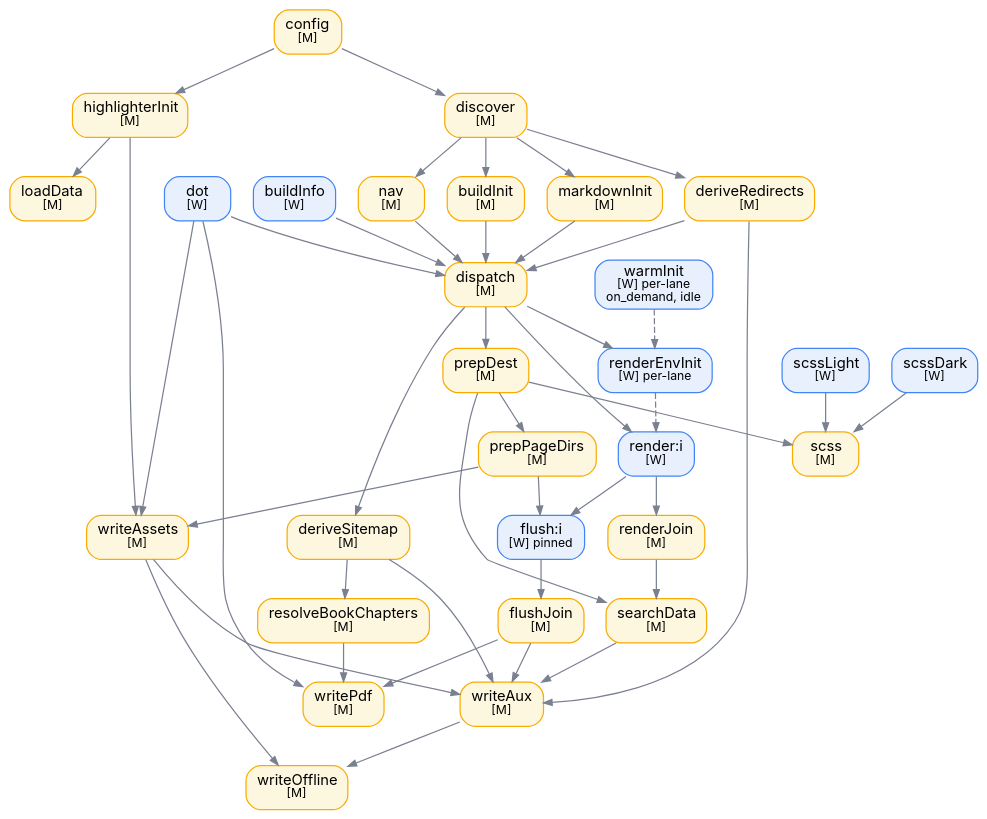
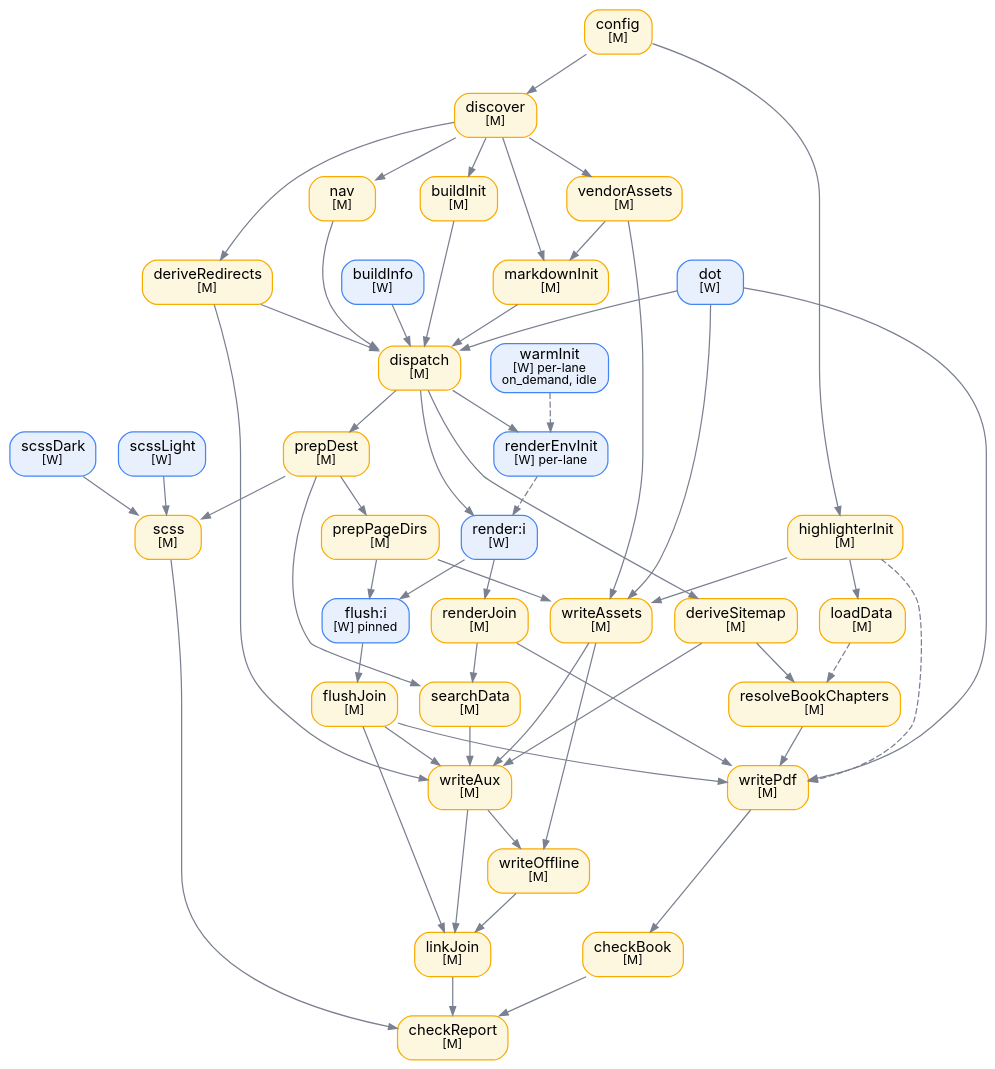
One commit to twinbasic/documentation changed the diagram in docs/assets/images/dot/scheduler-dag.dot. Above: the diagram before and after it, drawn with Graphviz. The commit also changed 2 other files, not shown here.

Commit message:
docs: add missing vendorAssets, Check-section, and data-dep edges to scheduler-dag

```diff
--- a/docs/assets/images/dot/scheduler-dag.dot
+++ b/docs/assets/images/dot/scheduler-dag.dot
@@ -1,122 +1,143 @@
 // Task DAG of the SAB pull scheduler. See docs/Documentation/Builder.md.
 
 digraph scheduler {
     rankdir=TB
     bgcolor="transparent"
     nodesep=0.25
     ranksep=0.45
     splines=true
 
     node [
         shape=box
         style="rounded,filled"
         fontname="Inter,system-ui,-apple-system,Segoe UI,sans-serif"
         fontsize=12
         margin="0.12,0.06"
     ]
     edge [
         color="#7a8090"
         fontname="Inter,system-ui,-apple-system,Segoe UI,sans-serif"
         fontsize=10
         arrowsize=0.7
     ]
     graph [
         margin=0
     ]
 
     // ── Colour scheme ───────────────────────────────────────────────────
     // [M] main thread → fef7e0 fill / f9ab00 stroke
     // [W] worker      → e8f0fe fill / 4285f4 stroke
 
     // ── Nodes ───────────────────────────────────────────────────────────
 
     CF  [label=<config<BR/><FONT POINT-SIZE="10">[M]</FONT>>,             fillcolor="#fef7e0", color="#f9ab00"]
     BI  [label=<buildInfo<BR/><FONT POINT-SIZE="10">[W]</FONT>>,          fillcolor="#e8f0fe", color="#4285f4"]
     SL  [label=<scssLight<BR/><FONT POINT-SIZE="10">[W]</FONT>>,          fillcolor="#e8f0fe", color="#4285f4"]
     SD  [label=<scssDark<BR/><FONT POINT-SIZE="10">[W]</FONT>>,           fillcolor="#e8f0fe", color="#4285f4"]
     HI  [label=<highlighterInit<BR/><FONT POINT-SIZE="10">[M]</FONT>>,    fillcolor="#fef7e0", color="#f9ab00"]
     LD  [label=<loadData<BR/><FONT POINT-SIZE="10">[M]</FONT>>,           fillcolor="#fef7e0", color="#f9ab00"]
     WI  [label=<warmInit<BR/><FONT POINT-SIZE="10">[W] per-lane<BR/>on_demand, idle</FONT>>, fillcolor="#e8f0fe", color="#4285f4"]
 
     DI  [label=<discover<BR/><FONT POINT-SIZE="10">[M]</FONT>>,           fillcolor="#fef7e0", color="#f9ab00"]
+    VA  [label=<vendorAssets<BR/><FONT POINT-SIZE="10">[M]</FONT>>,       fillcolor="#fef7e0", color="#f9ab00"]
     NV  [label=<nav<BR/><FONT POINT-SIZE="10">[M]</FONT>>,                fillcolor="#fef7e0", color="#f9ab00"]
     BU  [label=<buildInit<BR/><FONT POINT-SIZE="10">[M]</FONT>>,          fillcolor="#fef7e0", color="#f9ab00"]
     MI  [label=<markdownInit<BR/><FONT POINT-SIZE="10">[M]</FONT>>,       fillcolor="#fef7e0", color="#f9ab00"]
     DR  [label=<deriveRedirects<BR/><FONT POINT-SIZE="10">[M]</FONT>>,    fillcolor="#fef7e0", color="#f9ab00"]
     DT  [label=<dot<BR/><FONT POINT-SIZE="10">[W]</FONT>>,                fillcolor="#e8f0fe", color="#4285f4"]
     DSi [label=<deriveSitemap<BR/><FONT POINT-SIZE="10">[M]</FONT>>,      fillcolor="#fef7e0", color="#f9ab00"]
     RBC [label=<resolveBookChapters<BR/><FONT POINT-SIZE="10">[M]</FONT>>, fillcolor="#fef7e0", color="#f9ab00"]
 
     DP  [label=<dispatch<BR/><FONT POINT-SIZE="10">[M]</FONT>>,           fillcolor="#fef7e0", color="#f9ab00"]
     PD  [label=<prepDest<BR/><FONT POINT-SIZE="10">[M]</FONT>>,           fillcolor="#fef7e0", color="#f9ab00"]
     PPD [label=<prepPageDirs<BR/><FONT POINT-SIZE="10">[M]</FONT>>,       fillcolor="#fef7e0", color="#f9ab00"]
     REI [label=<renderEnvInit<BR/><FONT POINT-SIZE="10">[W] per-lane</FONT>>, fillcolor="#e8f0fe", color="#4285f4"]
     Ri  [label=<render:i<BR/><FONT POINT-SIZE="10">[W]</FONT>>,           fillcolor="#e8f0fe", color="#4285f4"]
     RJ  [label=<renderJoin<BR/><FONT POINT-SIZE="10">[M]</FONT>>,         fillcolor="#fef7e0", color="#f9ab00"]
 
     SCSS [label=<scss<BR/><FONT POINT-SIZE="10">[M]</FONT>>,              fillcolor="#fef7e0", color="#f9ab00"]
     Fi   [label=<flush:i<BR/><FONT POINT-SIZE="10">[W] pinned</FONT>>,    fillcolor="#e8f0fe", color="#4285f4"]
     FJ   [label=<flushJoin<BR/><FONT POINT-SIZE="10">[M]</FONT>>,         fillcolor="#fef7e0", color="#f9ab00"]
     WA   [label=<writeAssets<BR/><FONT POINT-SIZE="10">[M]</FONT>>,       fillcolor="#fef7e0", color="#f9ab00"]
     SDt  [label=<searchData<BR/><FONT POINT-SIZE="10">[M]</FONT>>,        fillcolor="#fef7e0", color="#f9ab00"]
     WX   [label=<writeAux<BR/><FONT POINT-SIZE="10">[M]</FONT>>,          fillcolor="#fef7e0", color="#f9ab00"]
     WO   [label=<writeOffline<BR/><FONT POINT-SIZE="10">[M]</FONT>>,      fillcolor="#fef7e0", color="#f9ab00"]
     WP   [label=<writePdf<BR/><FONT POINT-SIZE="10">[M]</FONT>>,          fillcolor="#fef7e0", color="#f9ab00"]
 
+    LJ   [label=<linkJoin<BR/><FONT POINT-SIZE="10">[M]</FONT>>,          fillcolor="#fef7e0", color="#f9ab00"]
+    CB   [label=<checkBook<BR/><FONT POINT-SIZE="10">[M]</FONT>>,         fillcolor="#fef7e0", color="#f9ab00"]
+    CR   [label=<checkReport<BR/><FONT POINT-SIZE="10">[M]</FONT>>,       fillcolor="#fef7e0", color="#f9ab00"]
+
     // ── Edges ───────────────────────────────────────────────────────────
 
     CF -> DI
     CF -> HI
     HI -> LD
     DI -> NV
     DI -> BU
     DI -> MI
     DI -> DR
+    DI -> VA
+    VA -> MI
 
     NV -> DP
     BU -> DP
     BI -> DP
     DT -> DP
     DR -> DP
     MI -> DP
 
     DP -> PD
     DP -> DSi
     DP -> REI
     DP -> Ri
 
     PD -> PPD
     PD -> SCSS
     SL -> SCSS
     SD -> SCSS
 
     DSi -> RBC
+    LD  -> RBC [style=dashed]
 
     WI  -> REI [style=dashed]
     REI -> Ri  [style=dashed]
 
     Ri  -> Fi
     Ri  -> RJ
     PPD -> Fi
     Fi  -> FJ
 
     DT  -> WA
     PPD -> WA
     HI  -> WA
+    VA  -> WA
 
     RJ -> SDt
     PD -> SDt
 
     WA  -> WX
     SDt -> WX
     FJ  -> WX
     DR  -> WX
     DSi -> WX
 
     WX -> WO
     WA -> WO
 
     FJ  -> WP
+    RJ  -> WP
     DT  -> WP
     RBC -> WP
+    HI  -> WP [style=dashed]
+
+    FJ -> LJ
+    WX -> LJ
+    WO -> LJ
+
+    WP -> CB
+
+    LJ   -> CR
+    CB   -> CR
+    SCSS -> CR
 }
```
